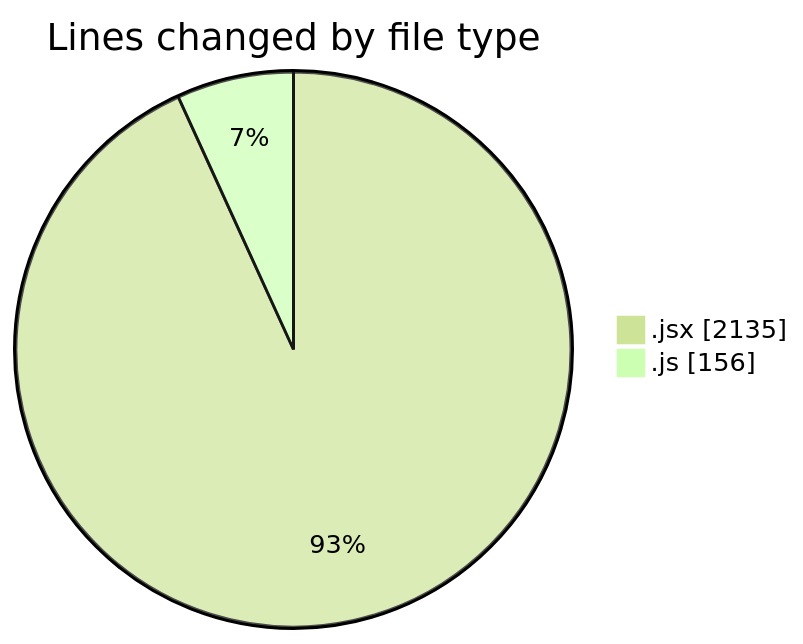
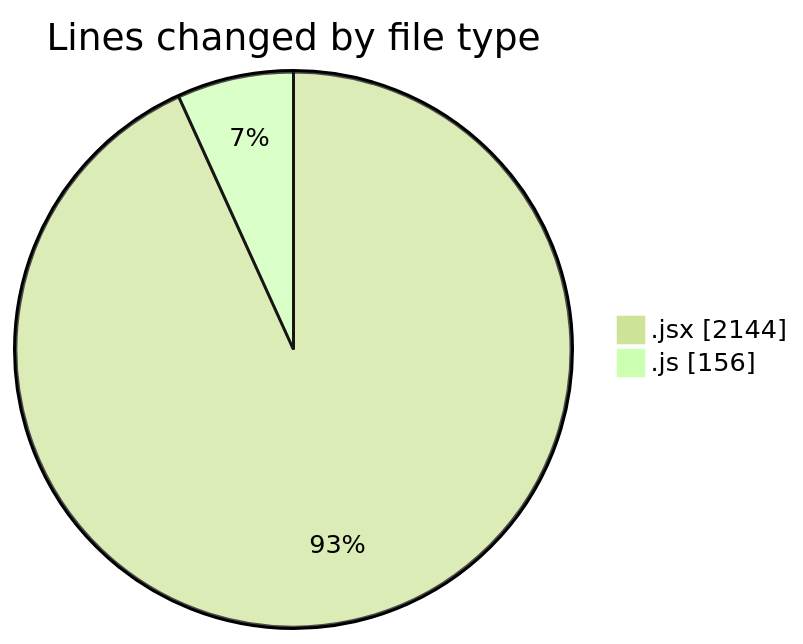
One commit to nxtqubesakshisongat/code-tracking changed the first of 2 diagrams in 2025-05-22/nxtqube_webapp/README.md. Above: the diagram before and after it, drawn with Mermaid (forest theme). The commit also changed other lines of this file and 1 other file, not shown here.

````diff
--- a/2025-05-22/nxtqube_webapp/README.md
+++ b/2025-05-22/nxtqube_webapp/README.md
@@ -21,6 +21,6 @@
 ```mermaid
 pie showData
 title Lines changed by file type
-".jsx" : 2135
+".jsx" : 2144
 ".js" : 156
 ```
````
